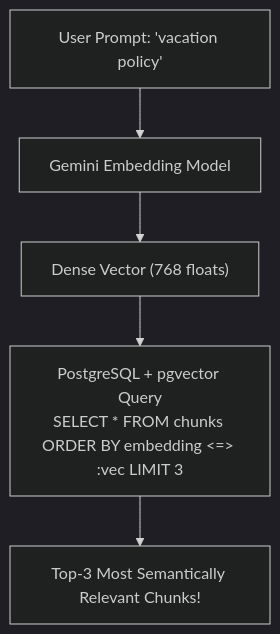
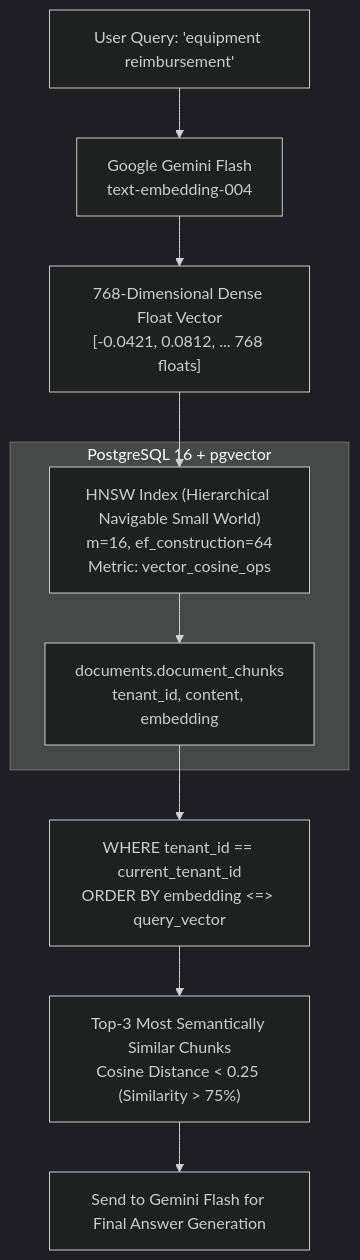
Before and after one commit to primecoderIN/learning-docs: the fifth of 7 diagrams in Python_FastAPI_AI_Architect/15_Module_15_Async_Persistence_SQLAlchemy_and_pgvector.md, drawn with Mermaid (dark theme). The commit also changed other lines of this file and 21 other files, not shown here.

````diff
--- a/Python_FastAPI_AI_Architect/15_Module_15_Async_Persistence_SQLAlchemy_and_pgvector.md
+++ b/Python_FastAPI_AI_Architect/15_Module_15_Async_Persistence_SQLAlchemy_and_pgvector.md
@@ -282,7 +1139,16 @@
 ```mermaid
 flowchart TD
-    Query["User Prompt: 'vacation policy'"] --> Gem["Gemini Embedding Model"]
-    Gem --> Vec["Dense Vector (768 floats)"]
-    Vec --> PG["PostgreSQL + pgvector Query<br>SELECT * FROM chunks ORDER BY embedding <=> :vec LIMIT 3"]
-    PG --> Top["Top-3 Most Semantically Relevant Chunks!"]
+    UserQ["User Query: 'equipment reimbursement'"] --> Gemini["Google Gemini Flash<br>text-embedding-004"]
+    Gemini --> DenseVec["768-Dimensional Dense Float Vector<br>[-0.0421, 0.0812, ... 768 floats]"]
+    
+    subgraph PostgreSQL["PostgreSQL 16 + pgvector"]
+        HNSW["HNSW Index (Hierarchical Navigable Small World)<br>m=16, ef_construction=64<br>Metric: vector_cosine_ops"]
+        Table["documents.document_chunks<br>tenant_id, content, embedding"]
+    end
+    
+    DenseVec --> HNSW
+    HNSW --> Table
+    Table --> Filter["WHERE tenant_id == current_tenant_id<br>ORDER BY embedding <=> query_vector"]
+    Filter --> Chunks["Top-3 Most Semantically Similar Chunks<br>Cosine Distance < 0.25 (Similarity > 75%)"]
+    Chunks --> RAG["Send to Gemini Flash for Final Answer Generation"]
 ```
````
